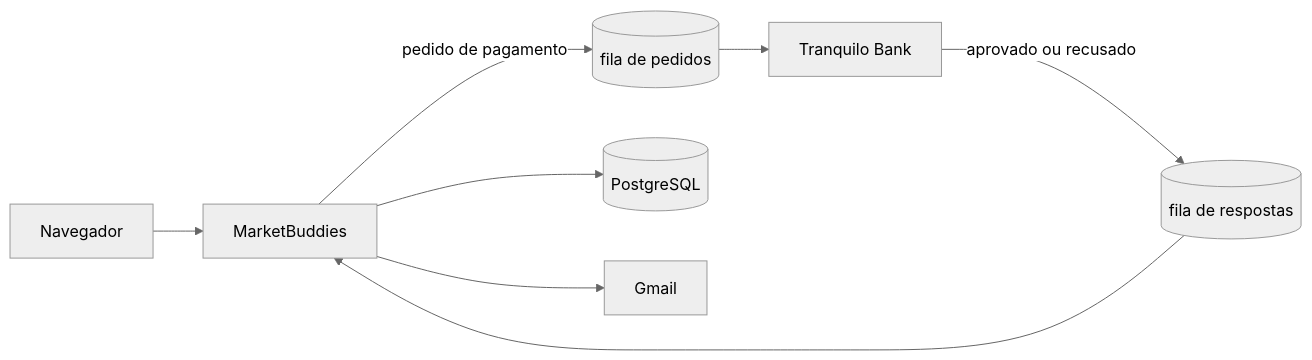
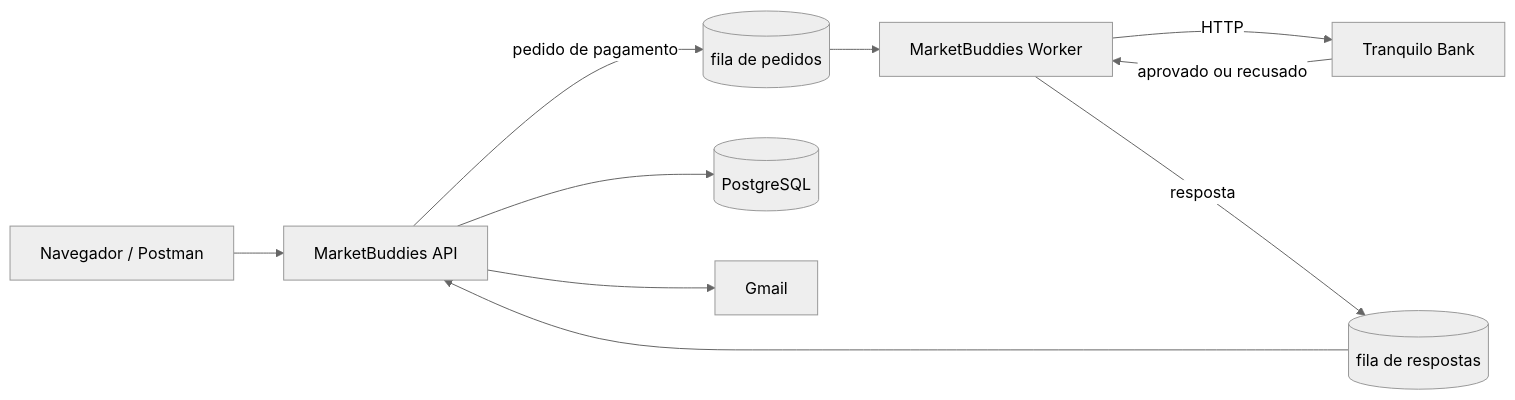
One commit to 3BugBuddies/cp5-market-buddies changed the diagram in README.md. Above: the diagram before and after it, drawn with Mermaid (neutral theme). The commit also changed other lines of this file and 31 other files, not shown here.

First line of the commit message:
refactor: separa em três serviços, iguais às caixas do diagrama do enunciado

````diff
--- a/README.md
+++ b/README.md
@@ -40,10 +40,12 @@
 ```mermaid
 flowchart LR
-    U[Navegador] --> MB[MarketBuddies]
-    MB -->|pedido de pagamento| Q1[(fila de pedidos)]
-    Q1 --> TB[Tranquilo Bank]
-    TB -->|aprovado ou recusado| Q2[(fila de respostas)]
-    Q2 --> MB
-    MB --> DB[(PostgreSQL)]
-    MB --> M[Gmail]
+    U[Navegador / Postman] --> API[MarketBuddies API]
+    API -->|pedido de pagamento| Q1[(fila de pedidos)]
+    Q1 --> W[MarketBuddies Worker]
+    W -->|HTTP| TB[Tranquilo Bank]
+    TB -->|aprovado ou recusado| W
+    W -->|resposta| Q2[(fila de respostas)]
+    Q2 --> API
+    API --> DB[(PostgreSQL)]
+    API --> M[Gmail]
 ```
````
